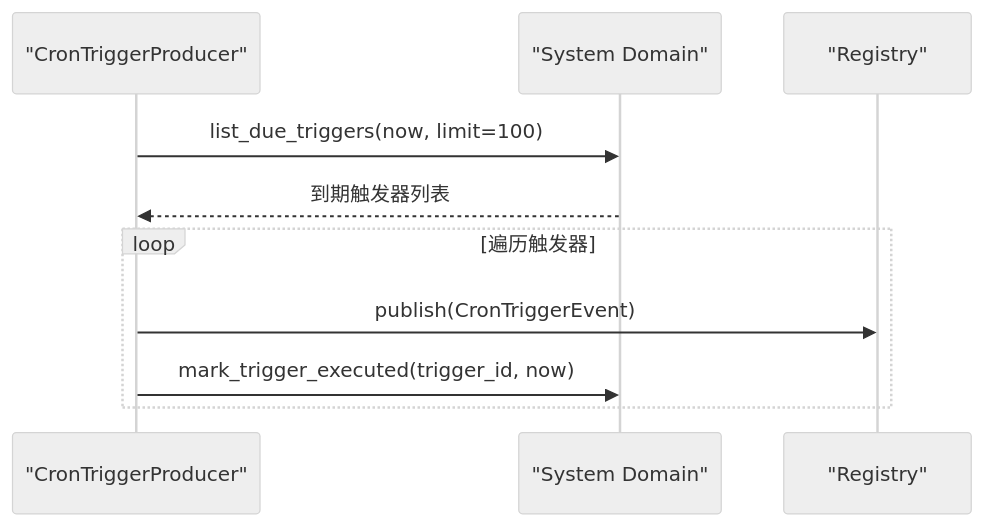
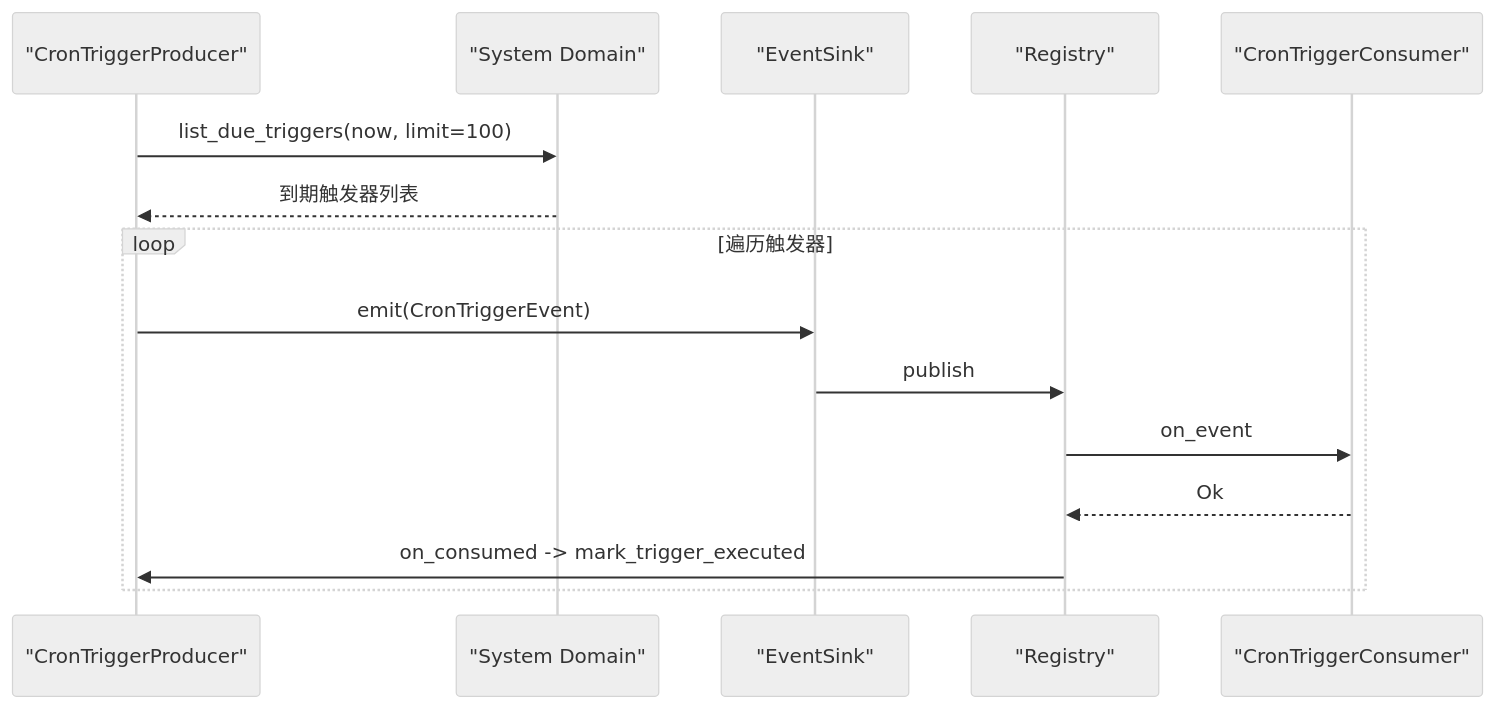
Before and after one commit to runningcoders/ai_orz: the fourth of 7 diagrams in docs/wiki/zh/content/基础设施/AOP 事件系统/事件生产者/事件生产者.md, drawn with Mermaid (neutral theme). The commit also changed other lines of this file and 37 other files, not shown here.

````diff
--- a/docs/wiki/zh/content/基础设施/AOP 事件系统/事件生产者/事件生产者.md
+++ b/docs/wiki/zh/content/基础设施/AOP 事件系统/事件生产者/事件生产者.md
@@ -174,12 +194,17 @@
 ```mermaid
 sequenceDiagram
 participant CT as "CronTriggerProducer"
 participant Sys as "System Domain"
+participant Sink as "EventSink"
 participant Reg as "Registry"
+participant C as "CronTriggerConsumer"
 CT->>Sys : list_due_triggers(now, limit=100)
 Sys-->>CT : 到期触发器列表
 loop 遍历触发器
-CT->>Reg : publish(CronTriggerEvent)
-CT->>Sys : mark_trigger_executed(trigger_id, now)
+CT->>Sink : emit(CronTriggerEvent)
+Sink->>Reg : publish
+Reg->>C : on_event
+C-->>Reg : Ok
+Reg->>CT : on_consumed -> mark_trigger_executed
 end
 ```
````
